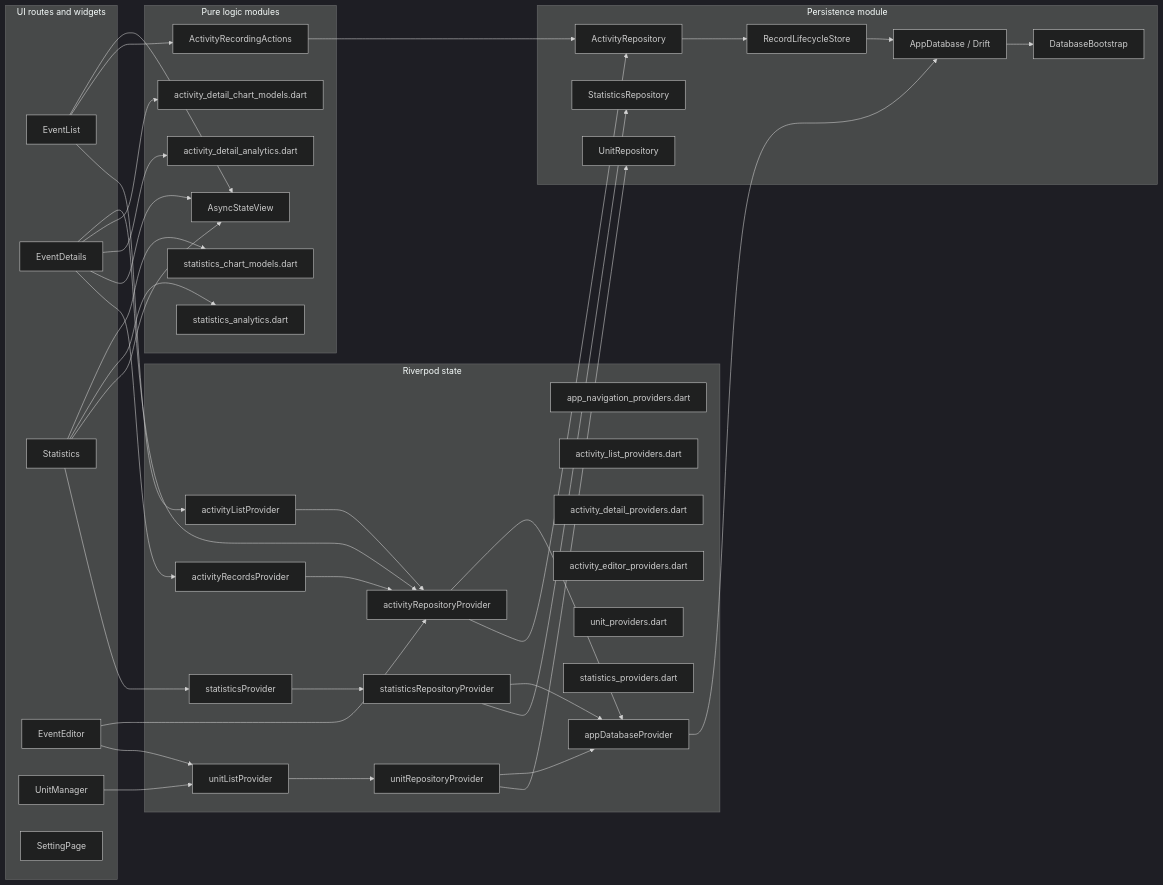
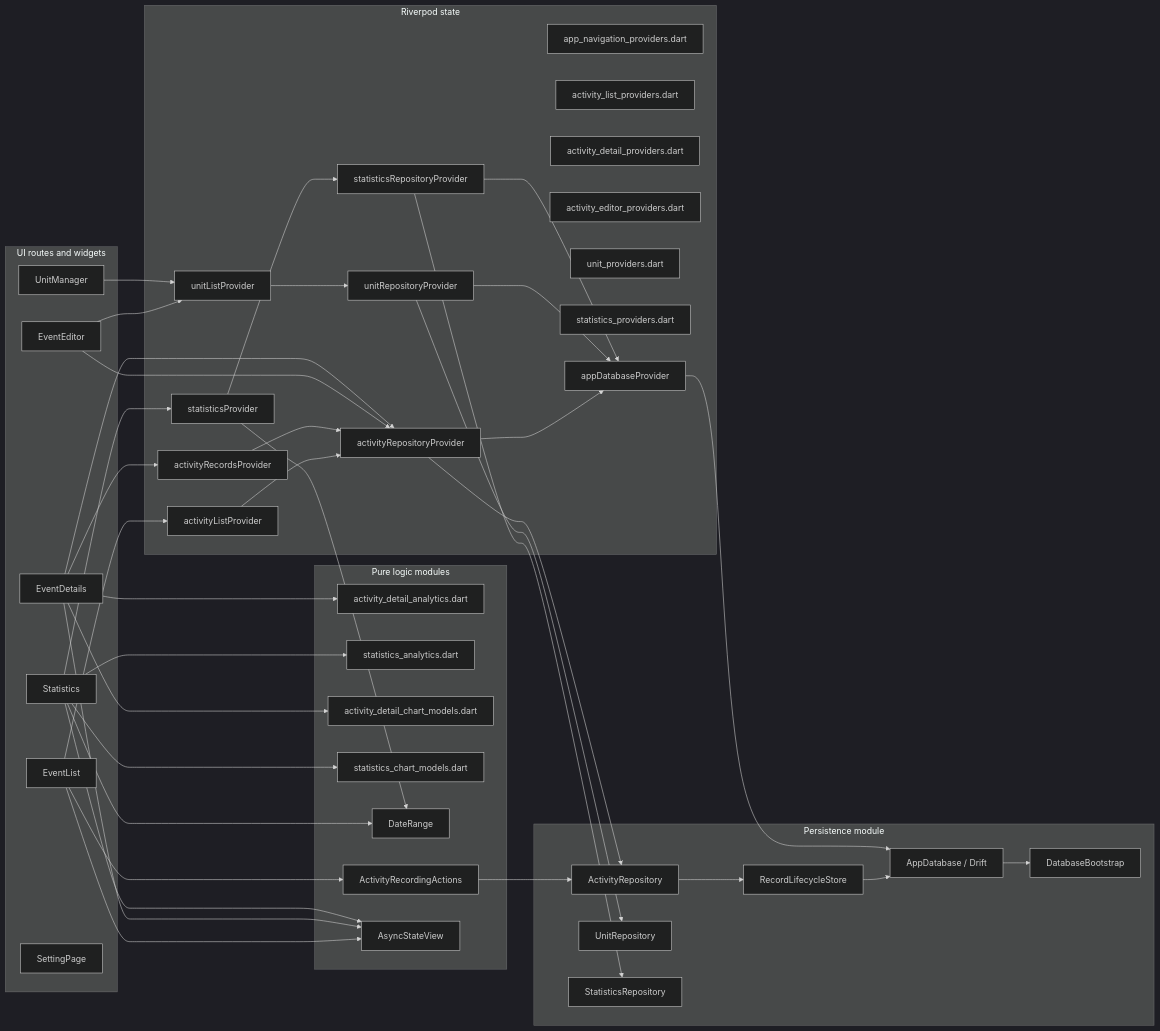
One commit to Guoyuer/eventTracker changed the first of 5 diagrams in docs/architecture/module-flow.md. Above: the diagram before and after it, drawn with Mermaid (dark theme). The commit also changed 11 other files, not shown here.

Commit message:
Remove Flutter date range from data seams

````diff
--- a/docs/architecture/module-flow.md
+++ b/docs/architecture/module-flow.md
@@ -7,77 +7,80 @@
 ```mermaid
 flowchart LR
   subgraph UI["UI routes and widgets"]
     EventList["EventList"]
     EventDetails["EventDetails"]
     Statistics["Statistics"]
     EventEditor["EventEditor"]
     UnitManager["UnitManager"]
     Settings["SettingPage"]
   end
 
   subgraph Logic["Pure logic modules"]
     ActivityDetailAnalytics["activity_detail_analytics.dart"]
     StatisticsAnalytics["statistics_analytics.dart"]
     ActivityDetailChartModels["activity_detail_chart_models.dart"]
     StatisticsChartModels["statistics_chart_models.dart"]
+    DateRange["DateRange"]
     ActivityRecordingActions["ActivityRecordingActions"]
     AsyncStateView["AsyncStateView"]
   end
 
   subgraph State["Riverpod state"]
     AppNavigationProviders["app_navigation_providers.dart"]
     ActivityListProviders["activity_list_providers.dart"]
     ActivityDetailProviders["activity_detail_providers.dart"]
     ActivityEditorProviders["activity_editor_providers.dart"]
     UnitProviders["unit_providers.dart"]
     StatisticsProviders["statistics_providers.dart"]
     AppDatabaseProvider["appDatabaseProvider"]
     ActivityRepositoryProvider["activityRepositoryProvider"]
     UnitRepositoryProvider["unitRepositoryProvider"]
     StatisticsRepositoryProvider["statisticsRepositoryProvider"]
     ActivityListProvider["activityListProvider"]
     ActivityRecordsProvider["activityRecordsProvider"]
     UnitListProvider["unitListProvider"]
     StatisticsProvider["statisticsProvider"]
   end
 
   subgraph Persistence["Persistence module"]
     DatabaseBootstrap["DatabaseBootstrap"]
     ActivityRepository["ActivityRepository"]
     RecordLifecycleStore["RecordLifecycleStore"]
     UnitRepository["UnitRepository"]
     StatisticsRepository["StatisticsRepository"]
     AppDatabase["AppDatabase / Drift"]
   end
 
   EventList --> ActivityListProvider
   EventList --> ActivityRecordingActions
   EventList --> AsyncStateView
   ActivityRecordingActions --> ActivityRepository
   ActivityListProvider --> ActivityRepositoryProvider
   EventDetails --> ActivityRecordsProvider
   EventDetails --> AsyncStateView
   ActivityRecordsProvider --> ActivityRepositoryProvider
   EventEditor --> UnitListProvider
   UnitManager --> UnitListProvider
   UnitListProvider --> UnitRepositoryProvider
   Statistics --> StatisticsProvider
   Statistics --> AsyncStateView
+  Statistics --> DateRange
   StatisticsProvider --> StatisticsRepositoryProvider
+  StatisticsProvider --> DateRange
   EventEditor --> ActivityRepositoryProvider
   EventDetails --> ActivityDetailAnalytics
   EventDetails --> ActivityDetailChartModels
   EventDetails --> ActivityRepositoryProvider
   Statistics --> StatisticsAnalytics
   Statistics --> StatisticsChartModels
   ActivityRepositoryProvider --> ActivityRepository
   ActivityRepository --> RecordLifecycleStore
   RecordLifecycleStore --> AppDatabase
   UnitRepositoryProvider --> UnitRepository
   StatisticsRepositoryProvider --> StatisticsRepository
   ActivityRepositoryProvider --> AppDatabaseProvider
   UnitRepositoryProvider --> AppDatabaseProvider
   StatisticsRepositoryProvider --> AppDatabaseProvider
   AppDatabaseProvider --> AppDatabase
   AppDatabase --> DatabaseBootstrap
 ```
````
